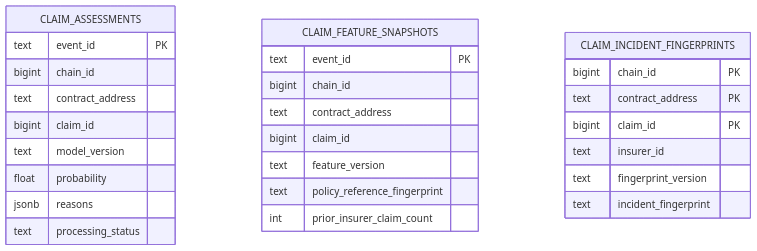
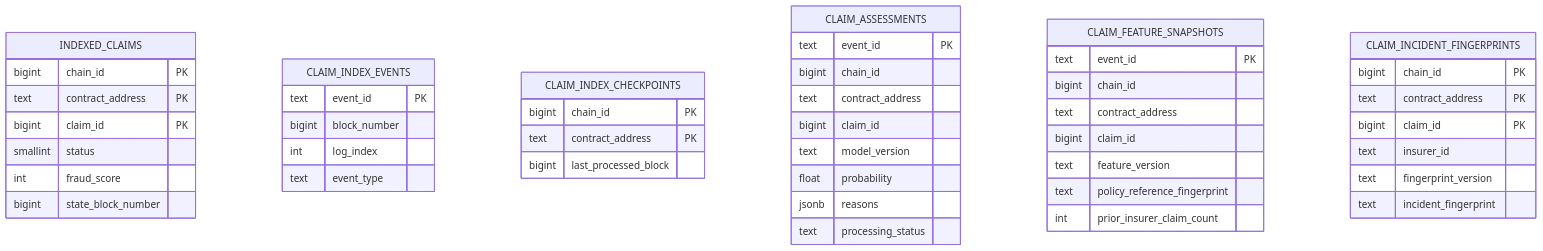
The first of 3 diagrams in packages/integrations/postgres/README.md (ganesh1997oli/Decentralized-Claims-Registry), drawn with Mermaid before and after one commit. The commit also changed other lines of this file and 36 other files, not shown here.

````diff
--- a/packages/integrations/postgres/README.md
+++ b/packages/integrations/postgres/README.md
@@ -8,30 +9,49 @@
 ```mermaid
 erDiagram
+    INDEXED_CLAIMS {
+        bigint chain_id PK
+        text contract_address PK
+        bigint claim_id PK
+        smallint status
+        int fraud_score
+        bigint state_block_number
+    }
+    CLAIM_INDEX_EVENTS {
+        text event_id PK
+        bigint block_number
+        int log_index
+        text event_type
+    }
+    CLAIM_INDEX_CHECKPOINTS {
+        bigint chain_id PK
+        text contract_address PK
+        bigint last_processed_block
+    }
     CLAIM_ASSESSMENTS {
         text event_id PK
         bigint chain_id
         text contract_address
         bigint claim_id
         text model_version
         float probability
         jsonb reasons
         text processing_status
     }
     CLAIM_FEATURE_SNAPSHOTS {
         text event_id PK
         bigint chain_id
         text contract_address
         bigint claim_id
         text feature_version
         text policy_reference_fingerprint
         int prior_insurer_claim_count
     }
     CLAIM_INCIDENT_FINGERPRINTS {
         bigint chain_id PK
         text contract_address PK
         bigint claim_id PK
         text insurer_id
         text fingerprint_version
         text incident_fingerprint
     }
 ```
````
